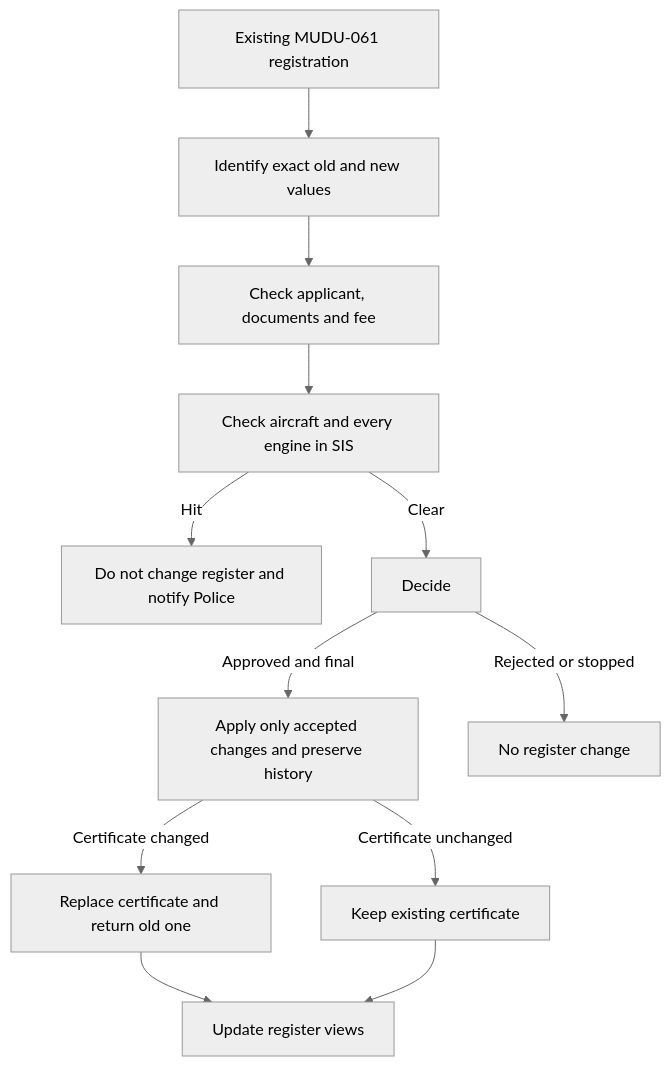
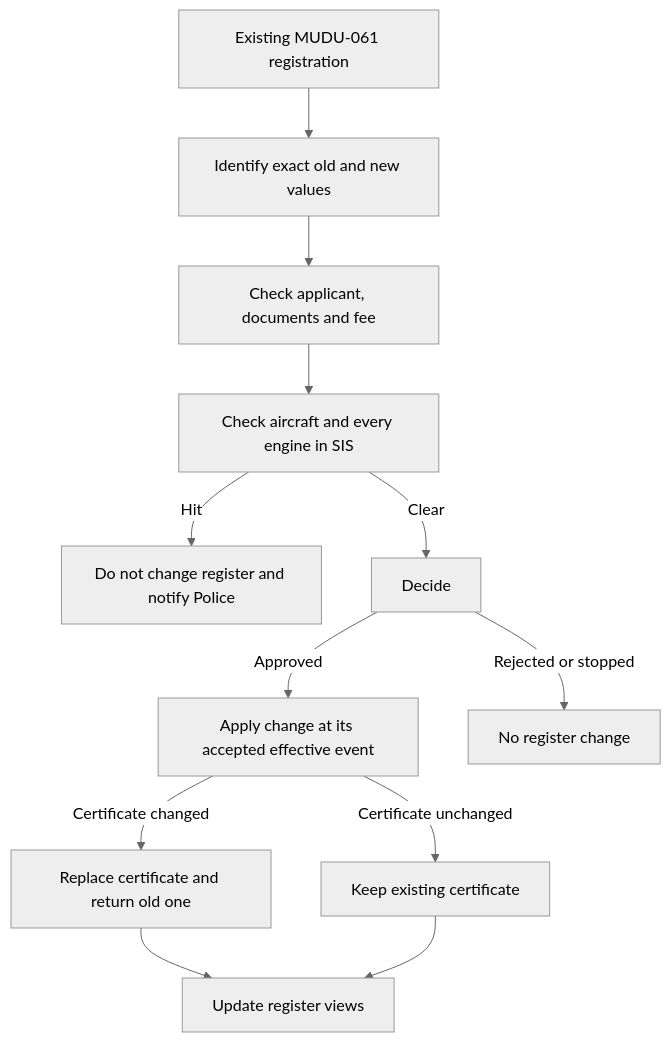
The diagram in examples/MUDU-062/graph.md (fixerivan/mudu-process-definition-standard), drawn with Mermaid (neutral theme) before and after one commit. The commit also changed other lines of this file and 10 other files, not shown here.

````diff
--- a/examples/MUDU-062/graph.md
+++ b/examples/MUDU-062/graph.md
@@ -5,14 +5,14 @@
 ```mermaid
 graph TD
     A["Existing MUDU-061 registration"] --> B["Identify exact old and new values"]
     B --> C["Check applicant, documents and fee"]
     C --> D["Check aircraft and every engine in SIS"]
     D -->|Hit| X["Do not change register and notify Police"]
     D -->|Clear| E["Decide"]
-    E -->|Approved and final| F["Apply only accepted changes and preserve history"]
+    E -->|Approved| F["Apply change at its accepted effective event"]
     E -->|Rejected or stopped| Y["No register change"]
     F -->|Certificate changed| G["Replace certificate and return old one"]
     F -->|Certificate unchanged| H["Keep existing certificate"]
     G --> I["Update register views"]
     H --> I
 ```
````
